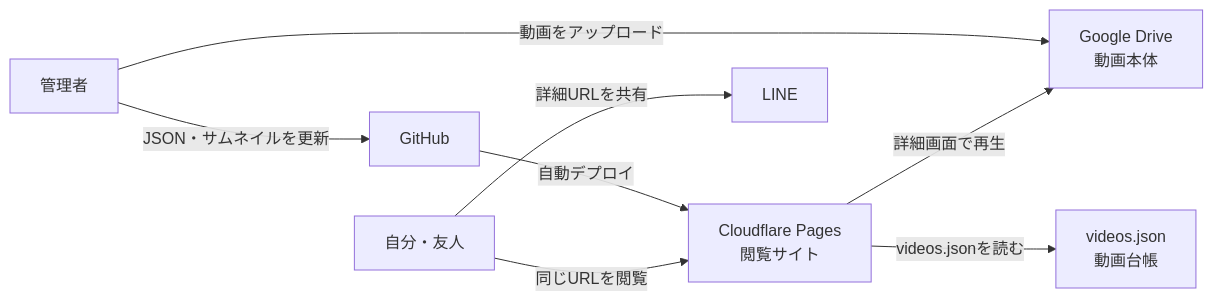
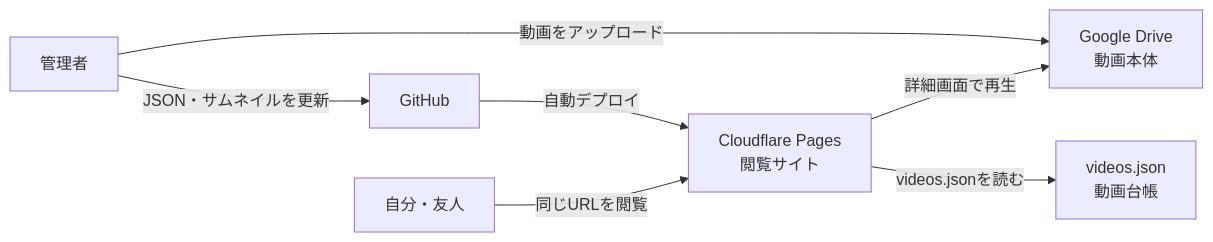
The first of 2 diagrams in docs/design.md (Saoki11111/video-shelf), drawn with Mermaid before and after one commit. The commit also changed other lines of this file and 9 other files, not shown here.

````diff
--- a/docs/design.md
+++ b/docs/design.md
@@ -10,10 +10,9 @@
 ```mermaid
 flowchart LR
     Owner[管理者] -->|動画をアップロード| Drive[Google Drive<br>動画本体]
     Owner -->|JSON・サムネイルを更新| GitHub[GitHub]
     GitHub -->|自動デプロイ| Pages[Cloudflare Pages<br>閲覧サイト]
     Viewer[自分・友人] -->|同じURLを閲覧| Pages
     Pages -->|videos.jsonを読む| Catalog[videos.json<br>動画台帳]
     Pages -->|詳細画面で再生| Drive
-    Viewer -->|詳細URLを共有| LINE[LINE]
 ```
````
